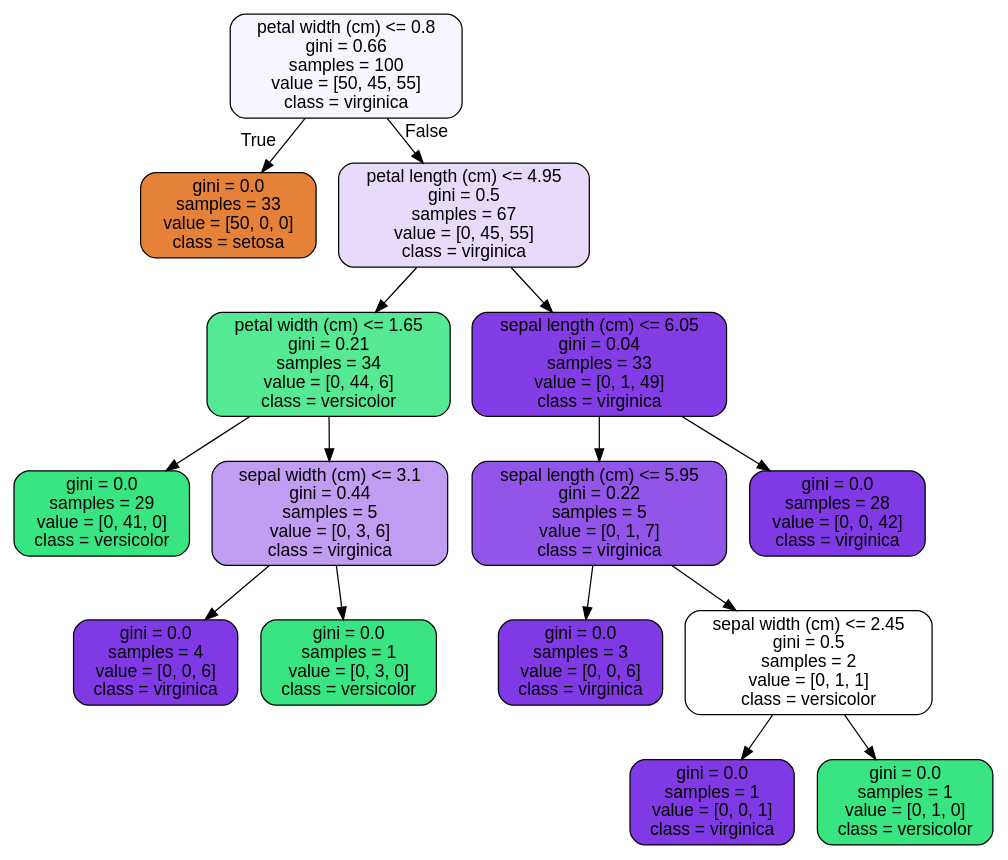
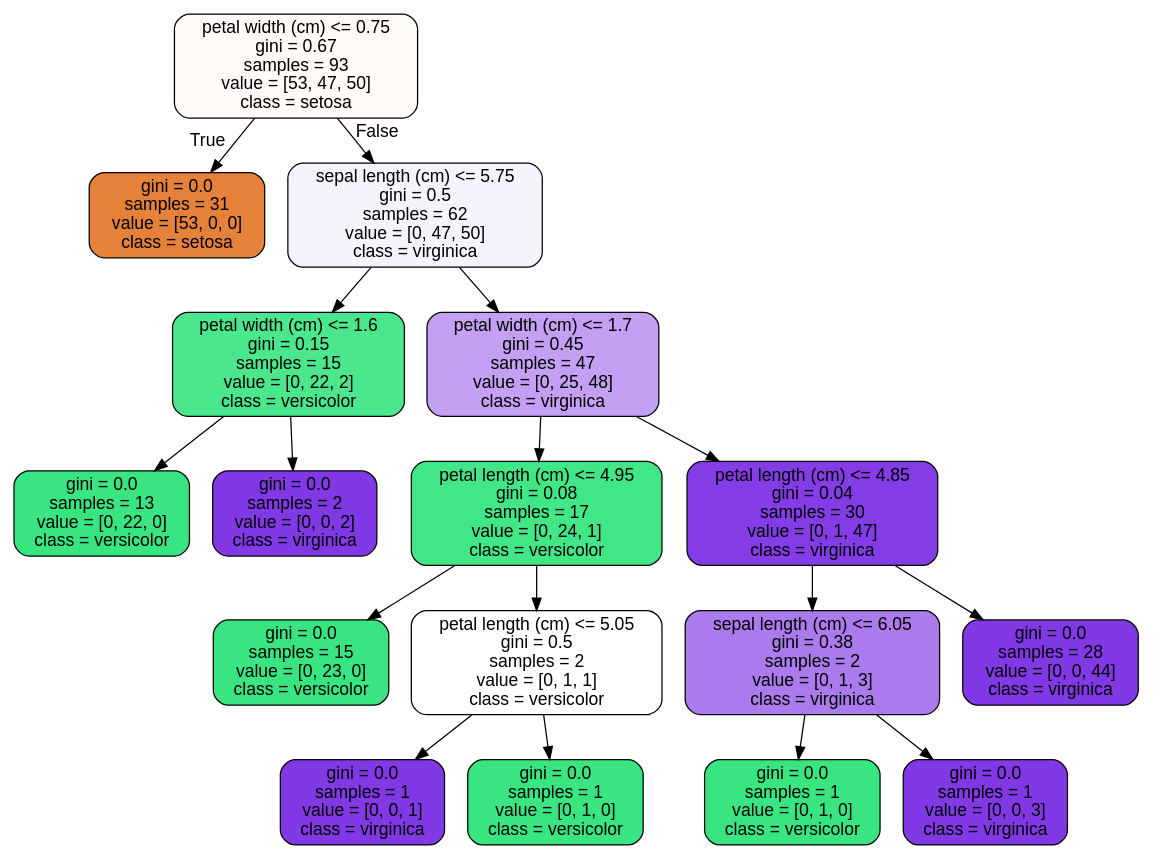
One commit to shayleelaura/Random-Forest-Covid changed the diagram in tree.dot. Above: the diagram before and after it, drawn with Graphviz. The commit also changed 2 other files, not shown here.

Commit message:
trying to fix graphviz

```diff
--- a/tree.dot
+++ b/tree.dot
@@ -1,33 +1,37 @@
 digraph Tree {
 node [shape=box, style="filled, rounded", color="black", fontname=helvetica] ;
 edge [fontname=helvetica] ;
-0 [label="petal width (cm) <= 0.8\ngini = 0.66\nsamples = 100\nvalue = [50, 45, 55]\nclass = virginica", fillcolor="#f9f5fe"] ;
-1 [label="gini = 0.0\nsamples = 33\nvalue = [50, 0, 0]\nclass = setosa", fillcolor="#e58139"] ;
+0 [label="petal width (cm) <= 0.75\ngini = 0.67\nsamples = 93\nvalue = [53, 47, 50]\nclass = setosa", fillcolor="#fefbf9"] ;
+1 [label="gini = 0.0\nsamples = 31\nvalue = [53, 0, 0]\nclass = setosa", fillcolor="#e58139"] ;
 0 -> 1 [labeldistance=2.5, labelangle=45, headlabel="True"] ;
-2 [label="petal length (cm) <= 4.95\ngini = 0.5\nsamples = 67\nvalue = [0, 45, 55]\nclass = virginica", fillcolor="#e8dbfa"] ;
+2 [label="sepal length (cm) <= 5.75\ngini = 0.5\nsamples = 62\nvalue = [0, 47, 50]\nclass = virginica", fillcolor="#f7f3fd"] ;
 0 -> 2 [labeldistance=2.5, labelangle=-45, headlabel="False"] ;
-3 [label="petal width (cm) <= 1.65\ngini = 0.21\nsamples = 34\nvalue = [0, 44, 6]\nclass = versicolor", fillcolor="#54e992"] ;
+3 [label="petal width (cm) <= 1.6\ngini = 0.15\nsamples = 15\nvalue = [0, 22, 2]\nclass = versicolor", fillcolor="#4be78c"] ;
 2 -> 3 ;
-4 [label="gini = 0.0\nsamples = 29\nvalue = [0, 41, 0]\nclass = versicolor", fillcolor="#39e581"] ;
+4 [label="gini = 0.0\nsamples = 13\nvalue = [0, 22, 0]\nclass = versicolor", fillcolor="#39e581"] ;
 3 -> 4 ;
-5 [label="sepal width (cm) <= 3.1\ngini = 0.44\nsamples = 5\nvalue = [0, 3, 6]\nclass = virginica", fillcolor="#c09cf2"] ;
+5 [label="gini = 0.0\nsamples = 2\nvalue = [0, 0, 2]\nclass = virginica", fillcolor="#8139e5"] ;
 3 -> 5 ;
-6 [label="gini = 0.0\nsamples = 4\nvalue = [0, 0, 6]\nclass = virginica", fillcolor="#8139e5"] ;
-5 -> 6 ;
-7 [label="gini = 0.0\nsamples = 1\nvalue = [0, 3, 0]\nclass = versicolor", fillcolor="#39e581"] ;
-5 -> 7 ;
-8 [label="sepal length (cm) <= 6.05\ngini = 0.04\nsamples = 33\nvalue = [0, 1, 49]\nclass = virginica", fillcolor="#843de6"] ;
-2 -> 8 ;
-9 [label="sepal length (cm) <= 5.95\ngini = 0.22\nsamples = 5\nvalue = [0, 1, 7]\nclass = virginica", fillcolor="#9355e9"] ;
-8 -> 9 ;
-10 [label="gini = 0.0\nsamples = 3\nvalue = [0, 0, 6]\nclass = virginica", fillcolor="#8139e5"] ;
+6 [label="petal width (cm) <= 1.7\ngini = 0.45\nsamples = 47\nvalue = [0, 25, 48]\nclass = virginica", fillcolor="#c3a0f3"] ;
+2 -> 6 ;
+7 [label="petal length (cm) <= 4.95\ngini = 0.08\nsamples = 17\nvalue = [0, 24, 1]\nclass = versicolor", fillcolor="#41e686"] ;
+6 -> 7 ;
+8 [label="gini = 0.0\nsamples = 15\nvalue = [0, 23, 0]\nclass = versicolor", fillcolor="#39e581"] ;
+7 -> 8 ;
+9 [label="petal length (cm) <= 5.05\ngini = 0.5\nsamples = 2\nvalue = [0, 1, 1]\nclass = versicolor", fillcolor="#ffffff"] ;
+7 -> 9 ;
+10 [label="gini = 0.0\nsamples = 1\nvalue = [0, 0, 1]\nclass = virginica", fillcolor="#8139e5"] ;
 9 -> 10 ;
-11 [label="sepal width (cm) <= 2.45\ngini = 0.5\nsamples = 2\nvalue = [0, 1, 1]\nclass = versicolor", fillcolor="#ffffff"] ;
+11 [label="gini = 0.0\nsamples = 1\nvalue = [0, 1, 0]\nclass = versicolor", fillcolor="#39e581"] ;
 9 -> 11 ;
-12 [label="gini = 0.0\nsamples = 1\nvalue = [0, 0, 1]\nclass = virginica", fillcolor="#8139e5"] ;
-11 -> 12 ;
-13 [label="gini = 0.0\nsamples = 1\nvalue = [0, 1, 0]\nclass = versicolor", fillcolor="#39e581"] ;
-11 -> 13 ;
-14 [label="gini = 0.0\nsamples = 28\nvalue = [0, 0, 42]\nclass = virginica", fillcolor="#8139e5"] ;
-8 -> 14 ;
+12 [label="petal length (cm) <= 4.85\ngini = 0.04\nsamples = 30\nvalue = [0, 1, 47]\nclass = virginica", fillcolor="#843de6"] ;
+6 -> 12 ;
+13 [label="sepal length (cm) <= 6.05\ngini = 0.38\nsamples = 2\nvalue = [0, 1, 3]\nclass = virginica", fillcolor="#ab7bee"] ;
+12 -> 13 ;
+14 [label="gini = 0.0\nsamples = 1\nvalue = [0, 1, 0]\nclass = versicolor", fillcolor="#39e581"] ;
+13 -> 14 ;
+15 [label="gini = 0.0\nsamples = 1\nvalue = [0, 0, 3]\nclass = virginica", fillcolor="#8139e5"] ;
+13 -> 15 ;
+16 [label="gini = 0.0\nsamples = 28\nvalue = [0, 0, 44]\nclass = virginica", fillcolor="#8139e5"] ;
+12 -> 16 ;
 }
```
